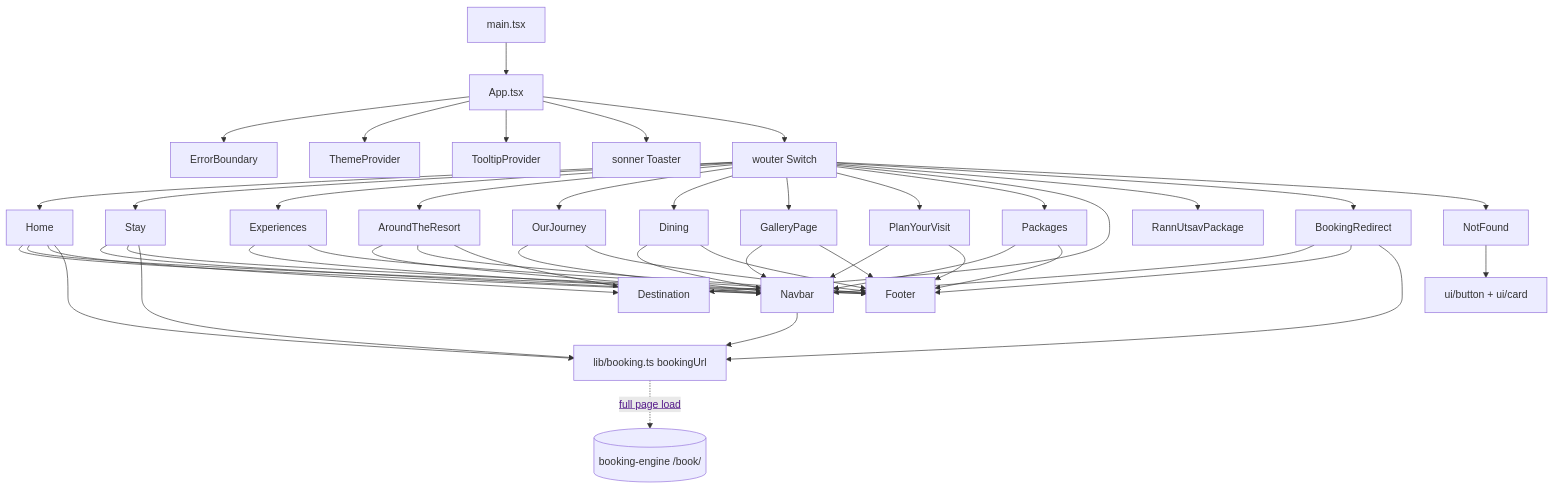
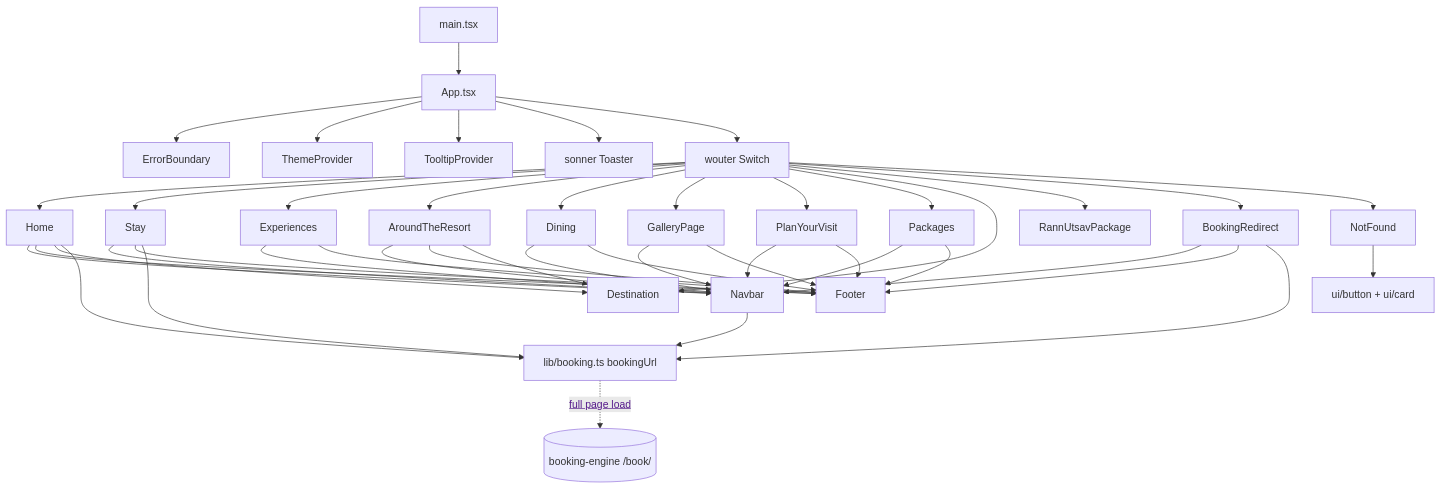
The second of 2 diagrams in docs/01-ARCHITECTURE-AND-SETUP.md (vaghelavikramaditya685-ops/kutch-safari-resort), drawn with Mermaid before and after one commit. The commit also changed other lines of this file and 68 other files, not shown here.

````diff
--- a/docs/01-ARCHITECTURE-AND-SETUP.md
+++ b/docs/01-ARCHITECTURE-AND-SETUP.md
@@ -332,28 +332,28 @@
 ```mermaid
 graph TD
     main[main.tsx] --> App[App.tsx]
     App --> EB[ErrorBoundary]
     App --> TP[ThemeProvider]
     App --> TT[TooltipProvider]
     App --> Toaster[sonner Toaster]
     App --> Router[wouter Switch]
 
-    Router --> Home & Stay & Experiences & Around[AroundTheResort] & OurJourney & Dining & Gallery[GalleryPage] & Plan[PlanYourVisit] & Packages
+    Router --> Home & Stay & Experiences & Around[AroundTheResort] & Dining & Gallery[GalleryPage] & Plan[PlanYourVisit] & Packages
     Router --> Destination
     Router --> RUP[RannUtsavPackage]
     Router --> BR[BookingRedirect]
     Router --> NF[NotFound]
 
-    Home & Stay & Experiences & Around & OurJourney & Dining & Gallery & Plan & Packages & BR --> Navbar
-    Home & Stay & Experiences & Around & OurJourney & Dining & Gallery & Plan & Packages & BR --> Footer
+    Home & Stay & Experiences & Around & Dining & Gallery & Plan & Packages & BR --> Navbar
+    Home & Stay & Experiences & Around & Dining & Gallery & Plan & Packages & BR --> Footer
     Around --> Destination
     Home --> Destination
 
     Navbar --> BL[lib/booking.ts bookingUrl]
     Home --> BL
     Stay --> BL
     BR --> BL
     NF --> UI[ui/button + ui/card]
 
     BL -. "<a href> full page load" .-> ENGINE[(booking-engine /book/)]
 ```
````
